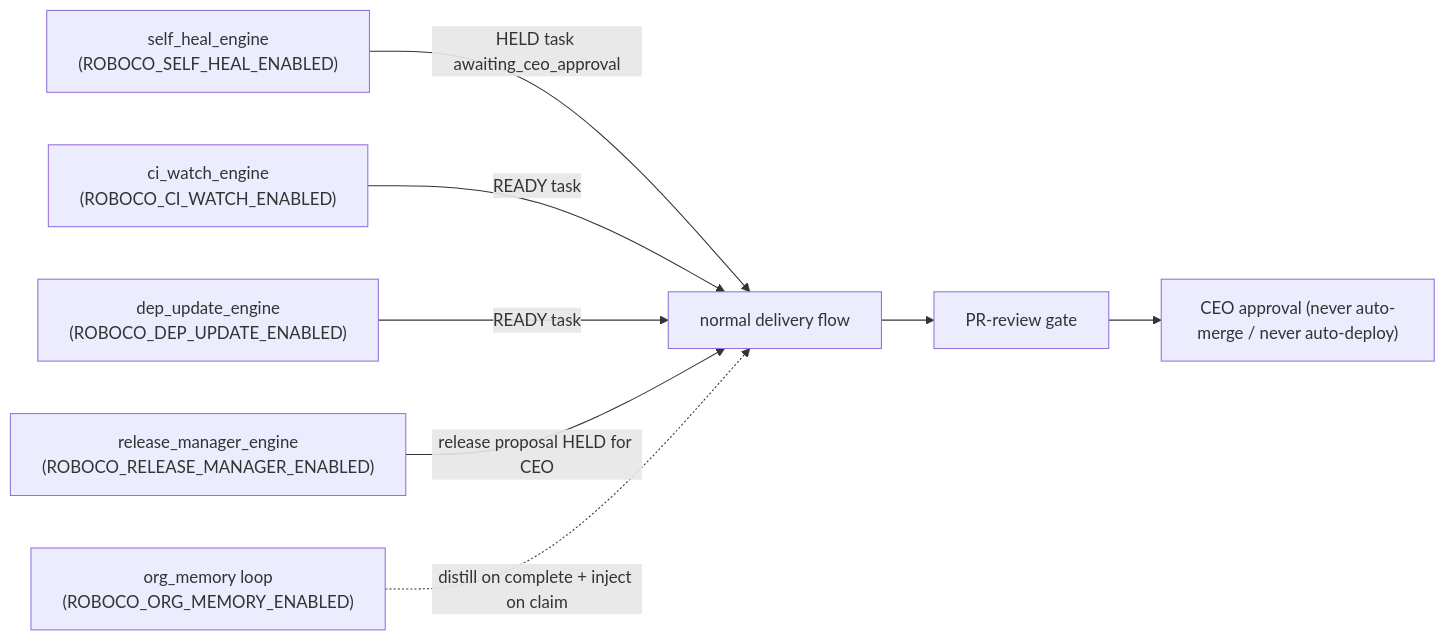
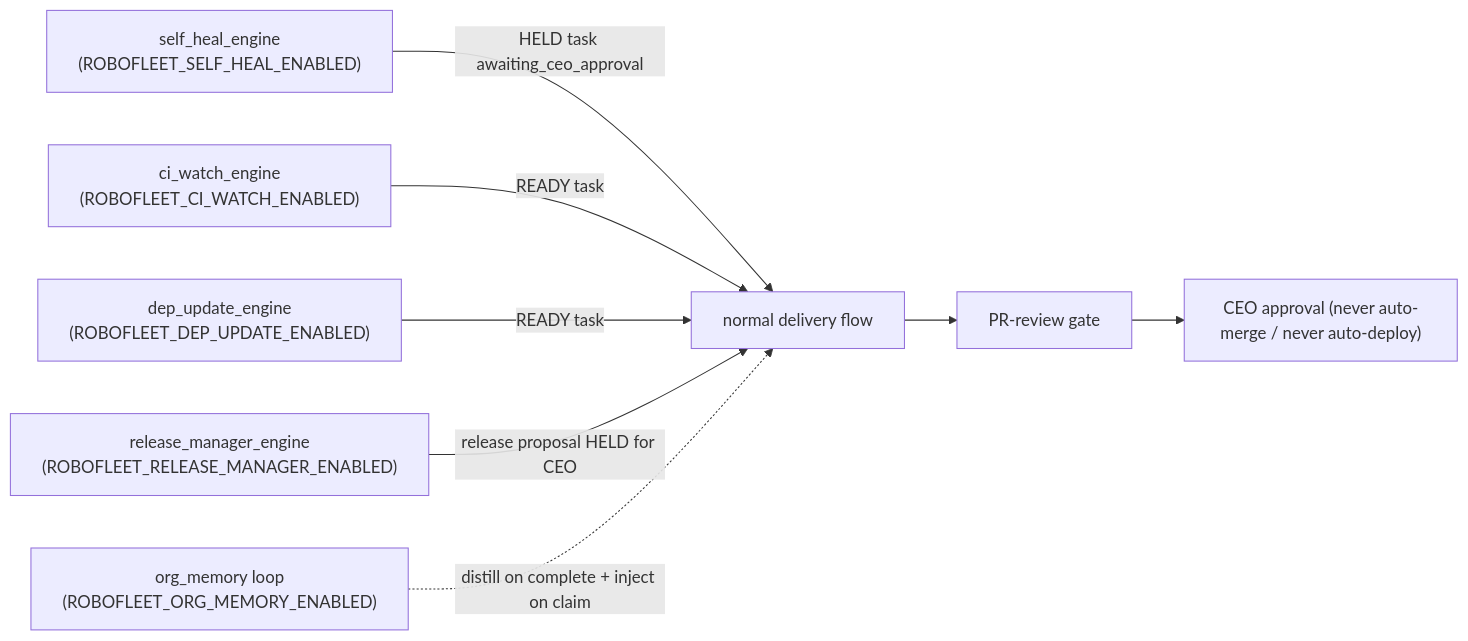
One commit to rennf93/robo-fleet changed the ninth of 9 diagrams in docs/map/_front.md. Above: the diagram before and after it, drawn with Mermaid. The commit also changed other lines of this file and 336 other files, not shown here.

Commit message:
refactor: rename ROBOCO_ env prefix to ROBOFLEET_

````diff
--- a/docs/map/_front.md
+++ b/docs/map/_front.md
@@ -423,10 +423,10 @@
 ```mermaid
 graph LR
-    SH["self_heal_engine<br/>(ROBOCO_SELF_HEAL_ENABLED)"] -->|HELD task awaiting_ceo_approval| Flow["normal delivery flow"]
-    CIW["ci_watch_engine<br/>(ROBOCO_CI_WATCH_ENABLED)"] -->|READY task| Flow
-    DEP["dep_update_engine<br/>(ROBOCO_DEP_UPDATE_ENABLED)"] -->|READY task| Flow
-    RM["release_manager_engine<br/>(ROBOCO_RELEASE_MANAGER_ENABLED)"] -->|release proposal HELD for CEO| Flow
+    SH["self_heal_engine<br/>(ROBOFLEET_SELF_HEAL_ENABLED)"] -->|HELD task awaiting_ceo_approval| Flow["normal delivery flow"]
+    CIW["ci_watch_engine<br/>(ROBOFLEET_CI_WATCH_ENABLED)"] -->|READY task| Flow
+    DEP["dep_update_engine<br/>(ROBOFLEET_DEP_UPDATE_ENABLED)"] -->|READY task| Flow
+    RM["release_manager_engine<br/>(ROBOFLEET_RELEASE_MANAGER_ENABLED)"] -->|release proposal HELD for CEO| Flow
     Flow --> Gate["PR-review gate"]
     Gate --> CEOGate["CEO approval (never auto-merge / never auto-deploy)"]
-    OM["org_memory loop<br/>(ROBOCO_ORG_MEMORY_ENABLED)"] -.->|distill on complete + inject on claim| Flow
+    OM["org_memory loop<br/>(ROBOFLEET_ORG_MEMORY_ENABLED)"] -.->|distill on complete + inject on claim| Flow
 ```
````
